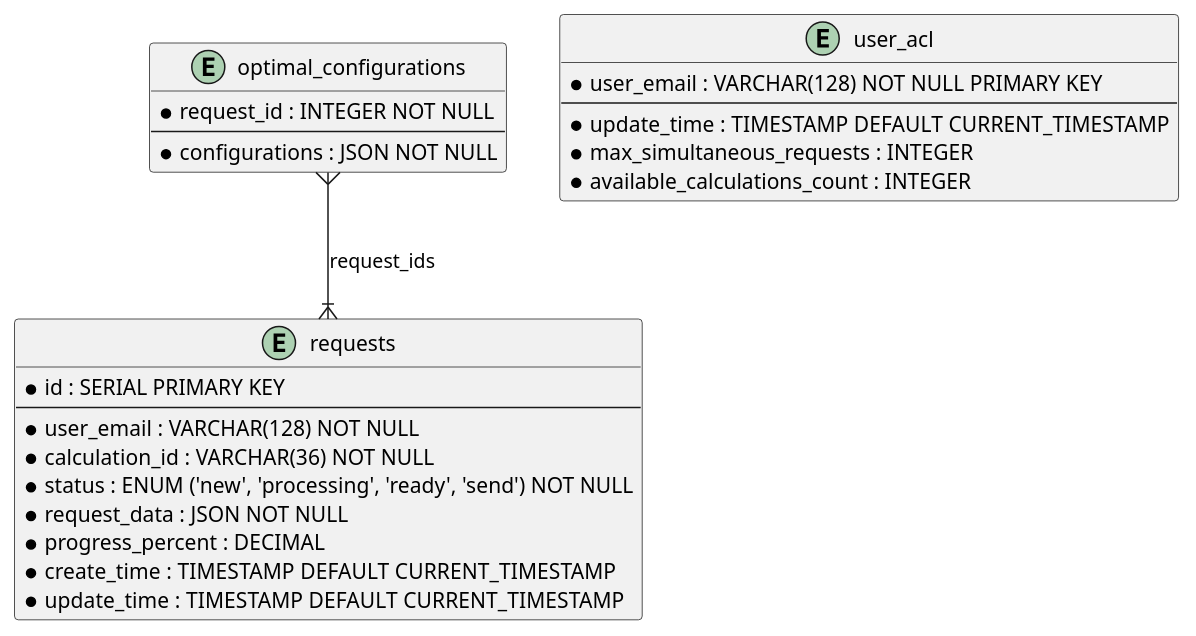
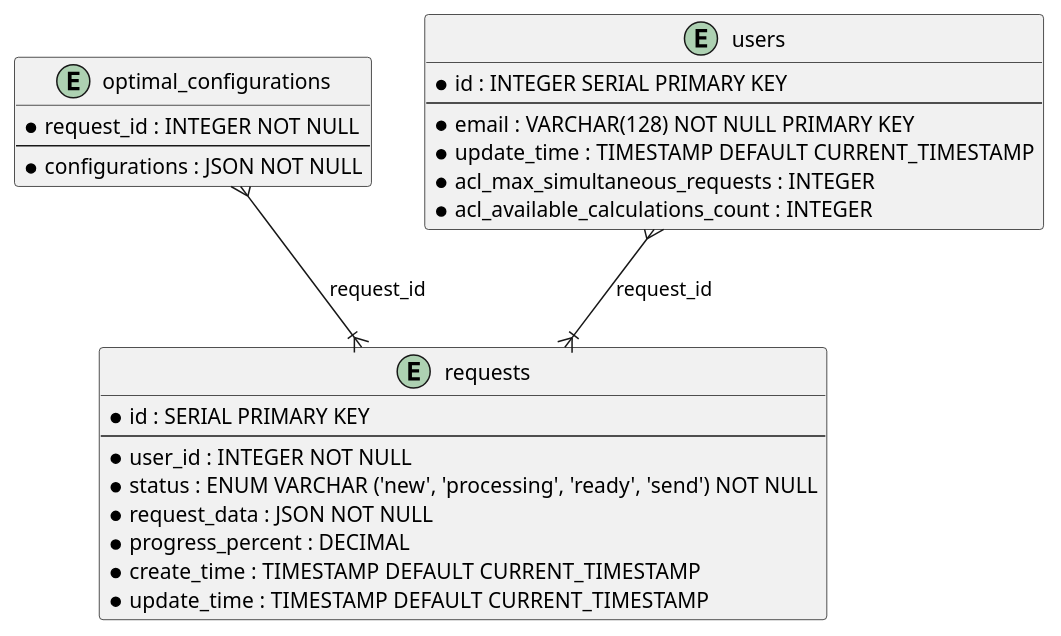
One commit to chugaynov/optistairs-architecture changed the diagram in design/diagrams/optistairs-db.puml. Above: the diagram before and after it, drawn with PlantUML. The commit also changed 14 other files, not shown here.

Commit message:
Откорректировал С4 и диаграммы

```diff
--- a/design/diagrams/optistairs-db.puml
+++ b/design/diagrams/optistairs-db.puml
@@ -1,30 +1,31 @@
 @startuml
 
 entity "requests" as requests {
     *id : SERIAL PRIMARY KEY
     --
-    *user_email : VARCHAR(128) NOT NULL
-    *calculation_id : VARCHAR(36) NOT NULL
-    *status : ENUM ('new', 'processing', 'ready', 'send') NOT NULL
+    *user_id : INTEGER NOT NULL
+    *status : ENUM VARCHAR ('new', 'processing', 'ready', 'send') NOT NULL
     *request_data : JSON NOT NULL
     *progress_percent : DECIMAL
     *create_time : TIMESTAMP DEFAULT CURRENT_TIMESTAMP
     *update_time : TIMESTAMP DEFAULT CURRENT_TIMESTAMP
 }
 
 entity "optimal_configurations" as optimal_configurations {
     *request_id : INTEGER NOT NULL
     --
     *configurations : JSON NOT NULL
 }
-optimal_configurations }--|{ requests : request_ids
+optimal_configurations }--|{ requests : request_id
 
-entity "user_acl" as user_acl {
-    *user_email : VARCHAR(128) NOT NULL PRIMARY KEY
+entity "users" as users {
+    *id : INTEGER SERIAL PRIMARY KEY
     --
+    *email : VARCHAR(128) NOT NULL PRIMARY KEY
     *update_time : TIMESTAMP DEFAULT CURRENT_TIMESTAMP
-    *max_simultaneous_requests : INTEGER
-    *available_calculations_count : INTEGER
+    *acl_max_simultaneous_requests : INTEGER
+    *acl_available_calculations_count : INTEGER
 }
+users }--|{ requests : request_id
 
 @enduml
```
